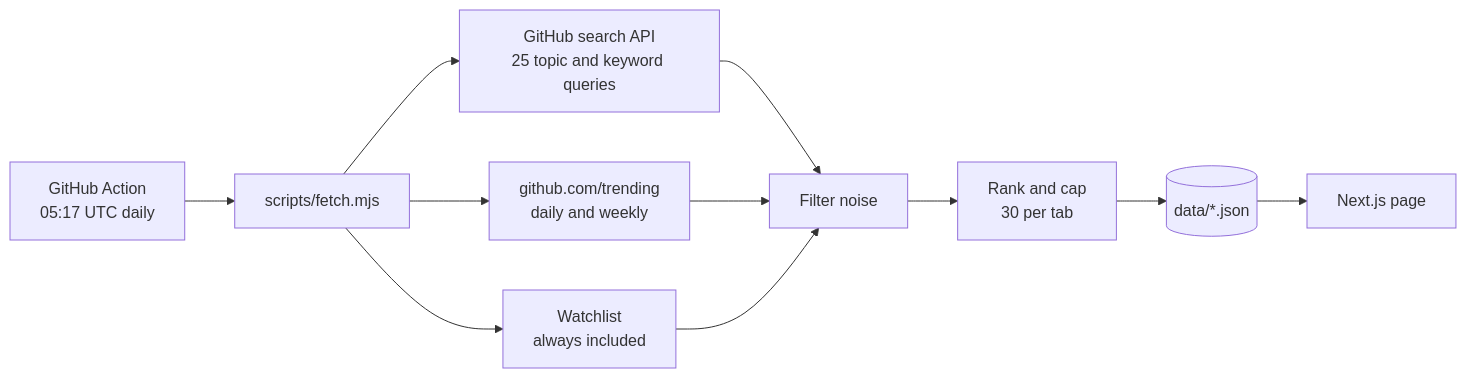
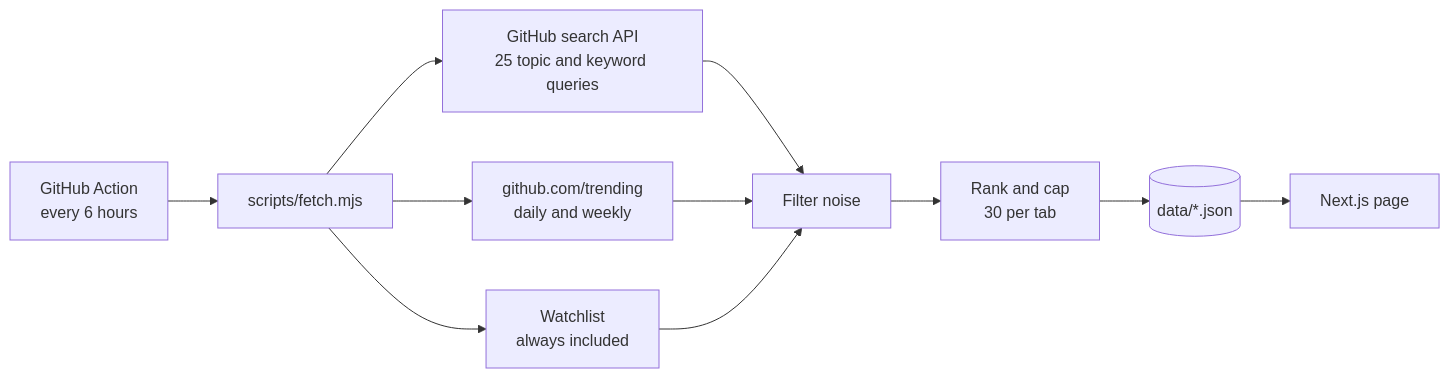
Before and after one commit to gaderOussama/github_trends: the second of 6 diagrams in README.md, drawn with Mermaid. The commit also changed other lines of this file and 1 other file, not shown here.

First line of the commit message:
Run the fetch every 6 hours

````diff
--- a/README.md
+++ b/README.md
@@ -41,11 +41,11 @@
 ```mermaid
 flowchart LR
-    A[GitHub Action<br/>05:17 UTC daily] --> B[scripts/fetch.mjs]
+    A[GitHub Action<br/>every 6 hours] --> B[scripts/fetch.mjs]
     B --> C[GitHub search API<br/>25 topic and keyword queries]
     B --> D[github.com/trending<br/>daily and weekly]
     B --> E[Watchlist<br/>always included]
     C & D & E --> F[Filter noise]
     F --> G[Rank and cap<br/>30 per tab]
     G --> H[(data/*.json)]
     H --> I[Next.js page]
 ```
````
